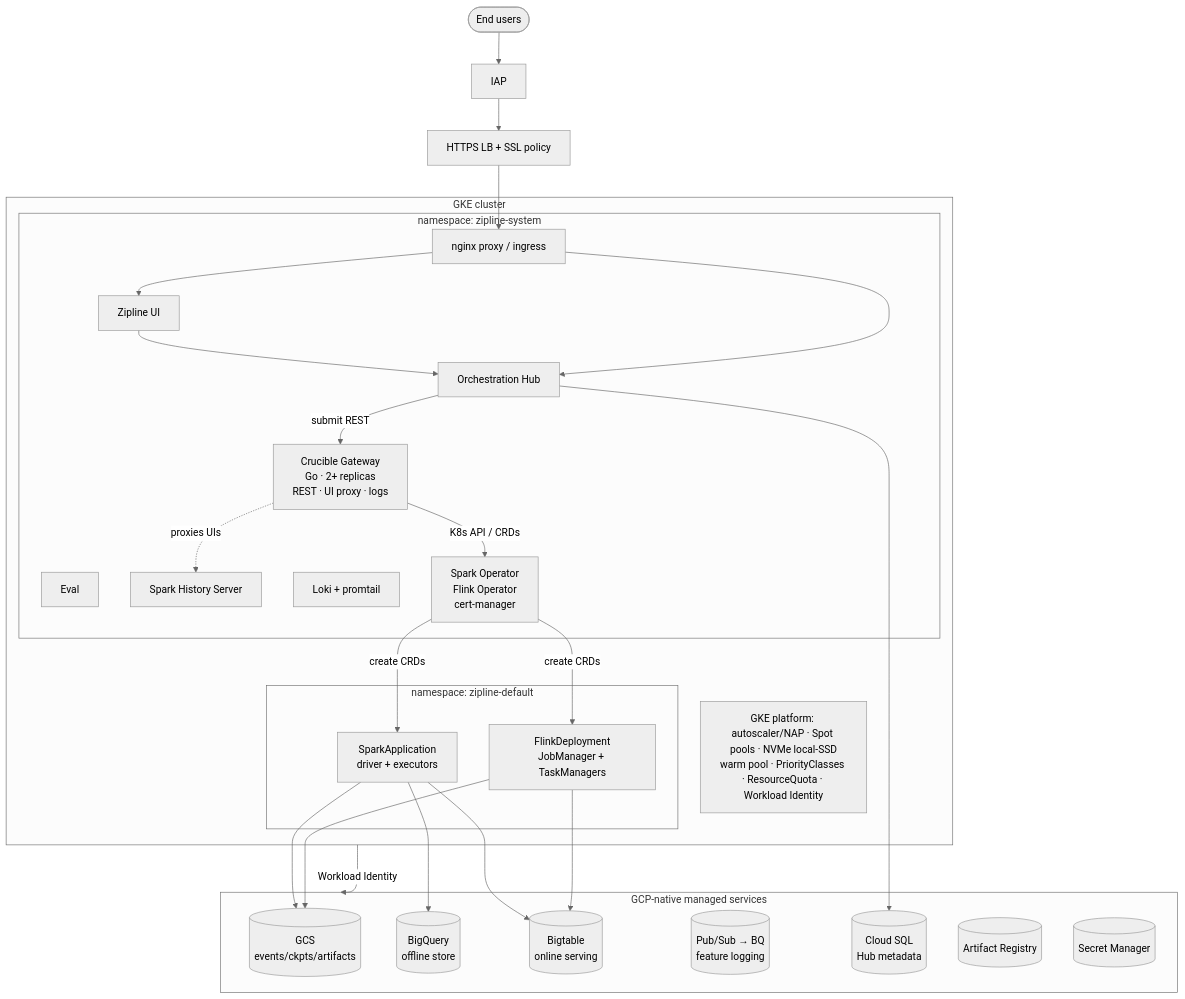
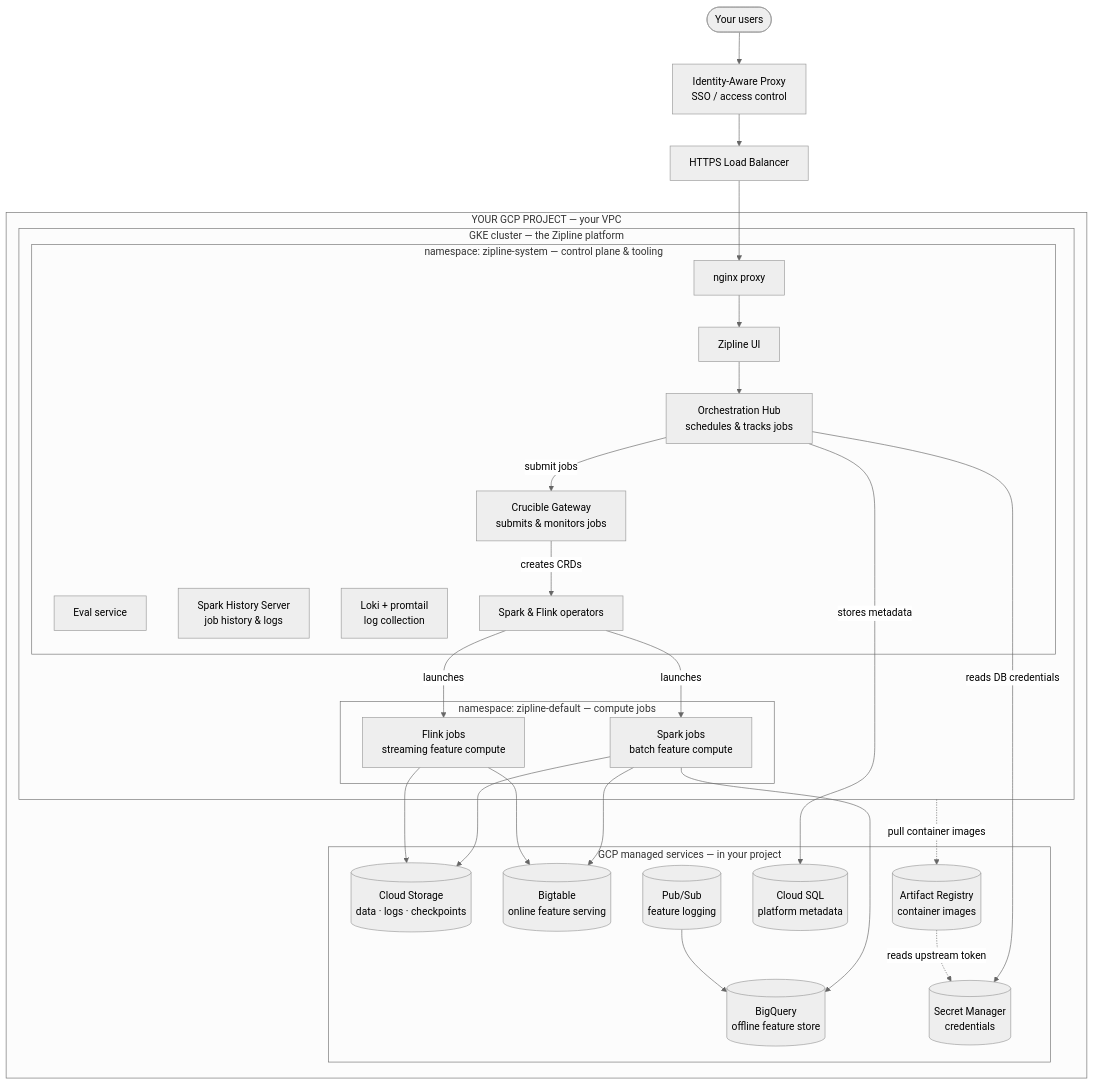
One commit to zipline-ai/infra-gcp-prod changed the diagram in docs/architecture-gcp.md. Above: the diagram before and after it, drawn with Mermaid (neutral theme). The commit also changed other lines of this file, not shown here.

First line of the commit message:
docs: make GCP architecture customer-facing, add registry/secrets arrows

````diff
--- a/docs/architecture-gcp.md
+++ b/docs/architecture-gcp.md
@@ -74,50 +59,57 @@
 ```mermaid
 flowchart TB
-  users([End users])
-  iap[IAP]
-  lb[HTTPS LB + SSL policy]
+  users([Your users])
+  iap[Identity-Aware Proxy<br/>SSO / access control]
+  lb[HTTPS Load Balancer]
   users --> iap --> lb
 
-  subgraph GKE["GKE cluster"]
-    subgraph sys["namespace: zipline-system"]
-      nginx[nginx proxy / ingress]
-      ui[Zipline UI]
-      hub[Orchestration Hub]
-      eval[Eval]
-      shs[Spark History Server]
-      logs[Loki + promtail]
-      gw[Crucible Gateway<br/>Go · 2+ replicas<br/>REST · UI proxy · logs]
-      ops[Spark Operator<br/>Flink Operator<br/>cert-manager]
-      nginx --> ui --> hub
-      nginx --> hub
-      hub -->|submit REST| gw
-      gw -->|K8s API / CRDs| ops
-      gw -.proxies UIs.-> shs
+  subgraph project["YOUR GCP PROJECT — your VPC"]
+    subgraph GKE["GKE cluster — the Zipline platform"]
+      subgraph sys["namespace: zipline-system — control plane & tooling"]
+        nginx[nginx proxy]
+        ui[Zipline UI]
+        hub[Orchestration Hub<br/>schedules & tracks jobs]
+        eval[Eval service]
+        shs[Spark History Server<br/>job history & logs]
+        logs[Loki + promtail<br/>log collection]
+        gw[Crucible Gateway<br/>submits & monitors jobs]
+        ops[Spark & Flink operators]
+      end
+      subgraph compute["namespace: zipline-default — compute jobs"]
+        spark[Spark jobs<br/>batch feature compute]
+        flink[Flink jobs<br/>streaming feature compute]
+      end
     end
-    subgraph compute["namespace: zipline-default"]
-      spark[SparkApplication<br/>driver + executors]
-      flink[FlinkDeployment<br/>JobManager + TaskManagers]
+
+    subgraph gcp["GCP managed services — in your project"]
+      gcs[(Cloud Storage<br/>data · logs · checkpoints)]
+      bq[(BigQuery<br/>offline feature store)]
+      bt[(Bigtable<br/>online feature serving)]
+      ps[(Pub/Sub<br/>feature logging)]
+      sql[(Cloud SQL<br/>platform metadata)]
+      ar[(Artifact Registry<br/>container images)]
+      sm[(Secret Manager<br/>credentials)]
     end
-    ops -->|create CRDs| spark
-    ops -->|create CRDs| flink
-    plat["GKE platform: autoscaler/NAP · Spot pools · NVMe local-SSD<br/>warm pool · PriorityClasses · ResourceQuota · Workload Identity"]
   end
+
   lb --> nginx
+  nginx --> ui --> hub
+  hub -->|submit jobs| gw
+  gw -->|creates CRDs| ops
+  ops -->|launches| spark
+  ops -->|launches| flink
 
-  subgraph gcp["GCP-native managed services"]
-    gcs[(GCS<br/>events/ckpts/artifacts)]
-    bq[(BigQuery<br/>offline store)]
-    bt[(Bigtable<br/>online serving)]
-    ps[(Pub/Sub → BQ<br/>feature logging)]
-    sql[(Cloud SQL<br/>Hub metadata)]
-    ar[(Artifact Registry)]
-    sm[(Secret Manager)]
-  end
-  hub --> sql
-  GKE -->|Workload Identity| gcp
+  %% platform data & credentials
+  hub -->|stores metadata| sql
+  hub -->|reads DB credentials| sm
+  GKE -. pull container images .-> ar
+  ar -. reads upstream token .-> sm
+
+  %% compute data flows
   spark --> gcs
   spark --> bq
   spark --> bt
   flink --> gcs
   flink --> bt
+  ps --> bq
 ```
````
